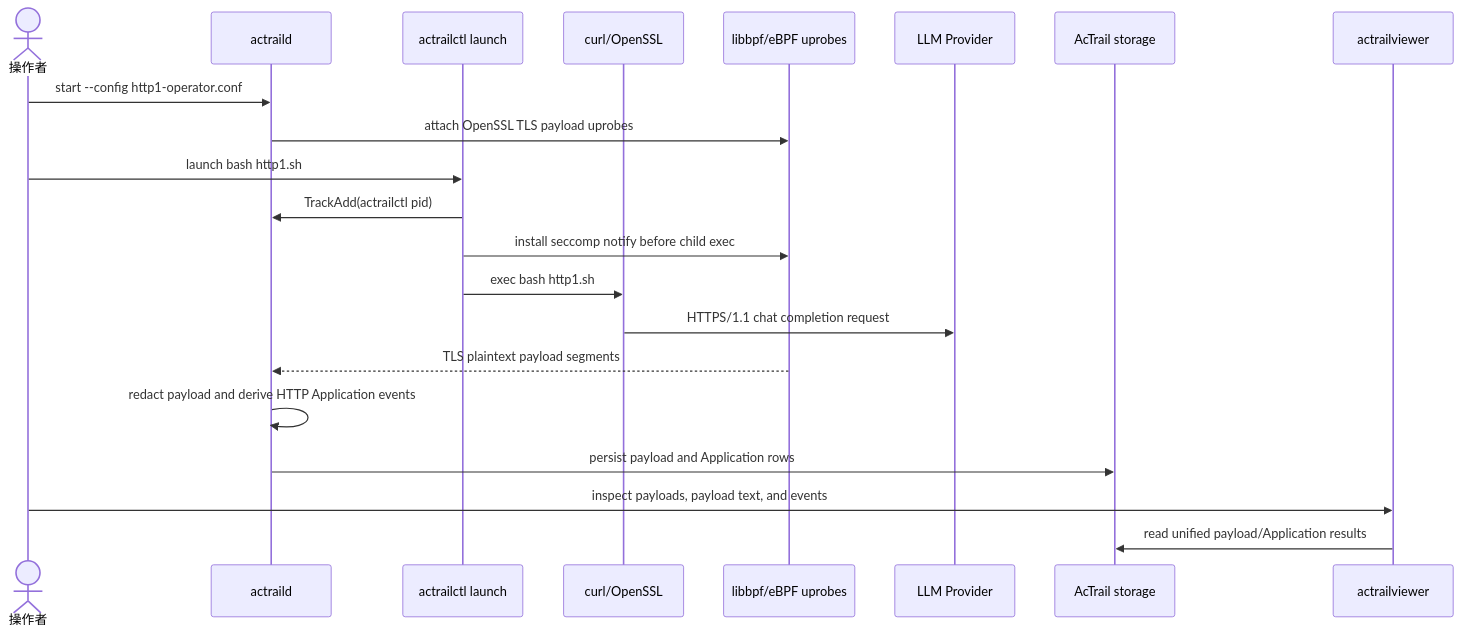
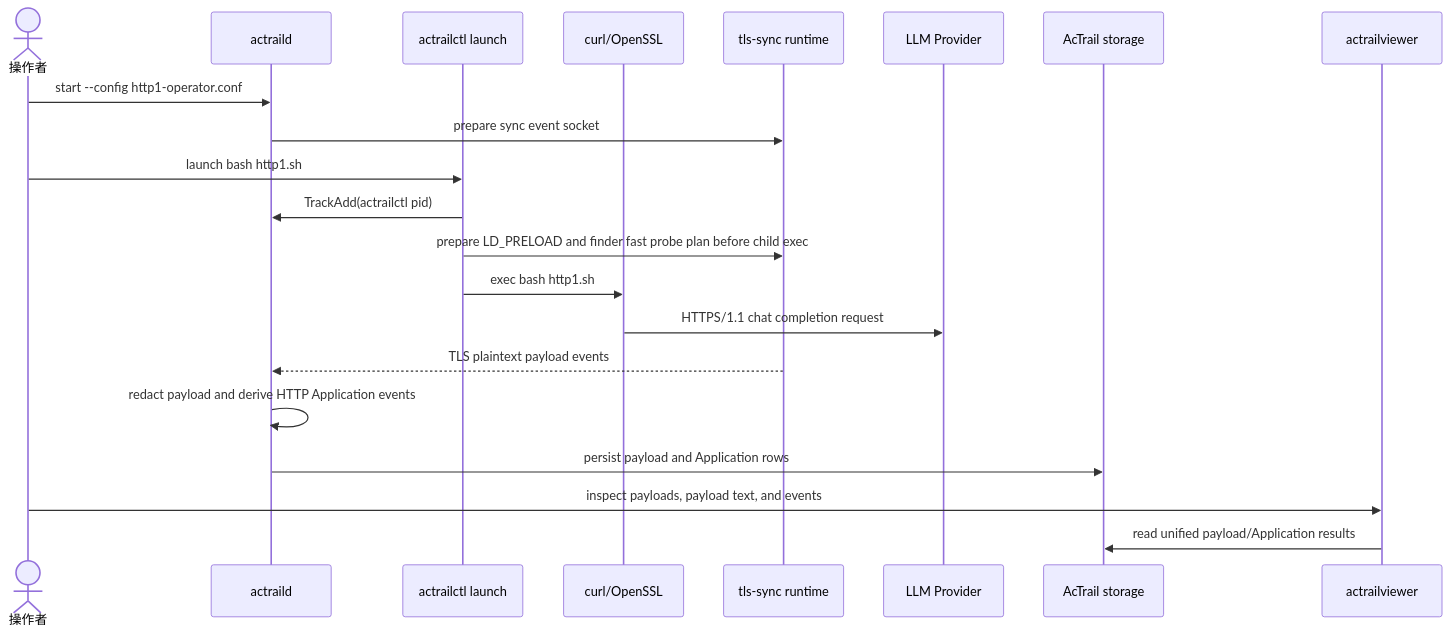
The first of 3 diagrams in docs/examples/02.llm-http-payload-capture/README.md (openeuler-mirror/AcTrail), drawn with Mermaid before and after one commit. The commit also changed other lines of this file and 50 other files, not shown here.

````diff
--- a/docs/examples/02.llm-http-payload-capture/README.md
+++ b/docs/examples/02.llm-http-payload-capture/README.md
@@ -14,24 +14,24 @@
 ```mermaid
 sequenceDiagram
     actor User as 操作者
     participant Daemon as actraild
     participant Launcher as actrailctl launch
     participant Curl as curl/OpenSSL
-    participant Kernel as libbpf/eBPF uprobes
+    participant Runtime as tls-sync runtime
     participant Provider as LLM Provider
     participant Store as AcTrail storage
     participant Viewer as actrailviewer
 
     User->>Daemon: start --config http1-operator.conf
-    Daemon->>Kernel: attach OpenSSL TLS payload uprobes
+    Daemon->>Runtime: prepare sync event socket
     User->>Launcher: launch bash http1.sh
     Launcher->>Daemon: TrackAdd(actrailctl pid)
-    Launcher->>Kernel: install seccomp notify before child exec
+    Launcher->>Runtime: prepare LD_PRELOAD and finder fast probe plan before child exec
     Launcher->>Curl: exec bash http1.sh
     Curl->>Provider: HTTPS/1.1 chat completion request
-    Kernel-->>Daemon: TLS plaintext payload segments
+    Runtime-->>Daemon: TLS plaintext payload events
     Daemon->>Daemon: redact payload and derive HTTP Application events
     Daemon->>Store: persist payload and Application rows
     User->>Viewer: inspect payloads, payload text, and events
     Viewer->>Store: read unified payload/Application results
 ```
````
